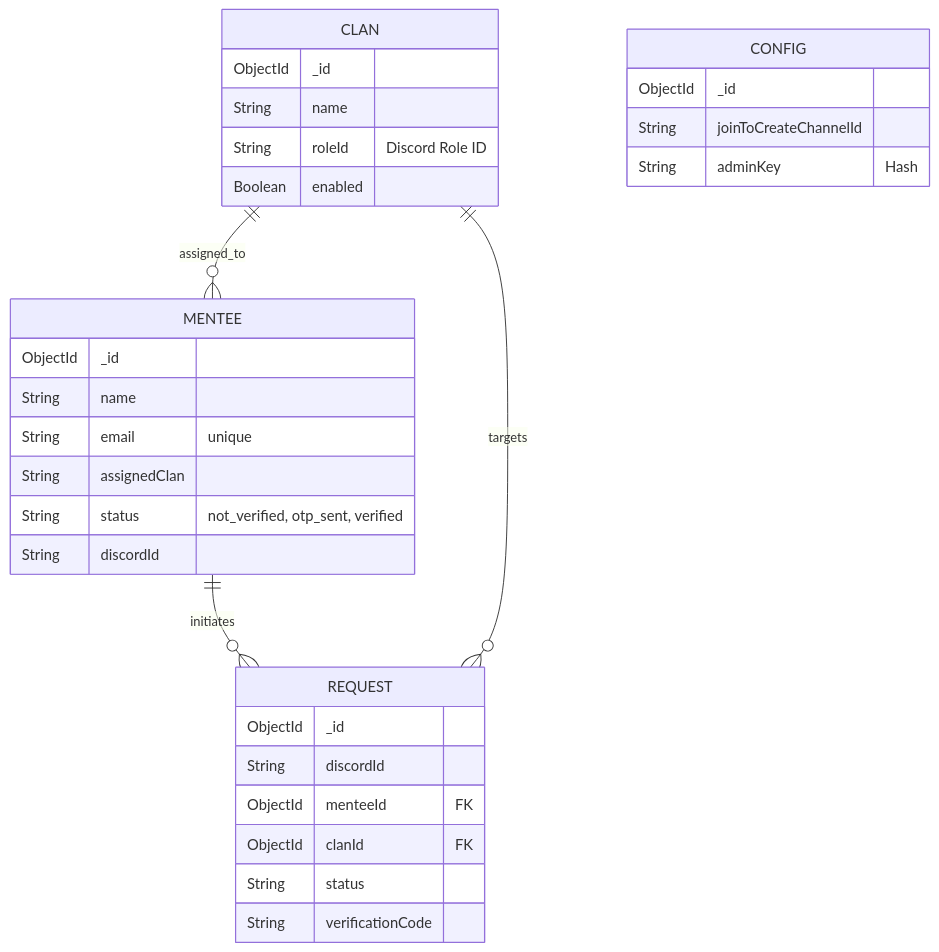
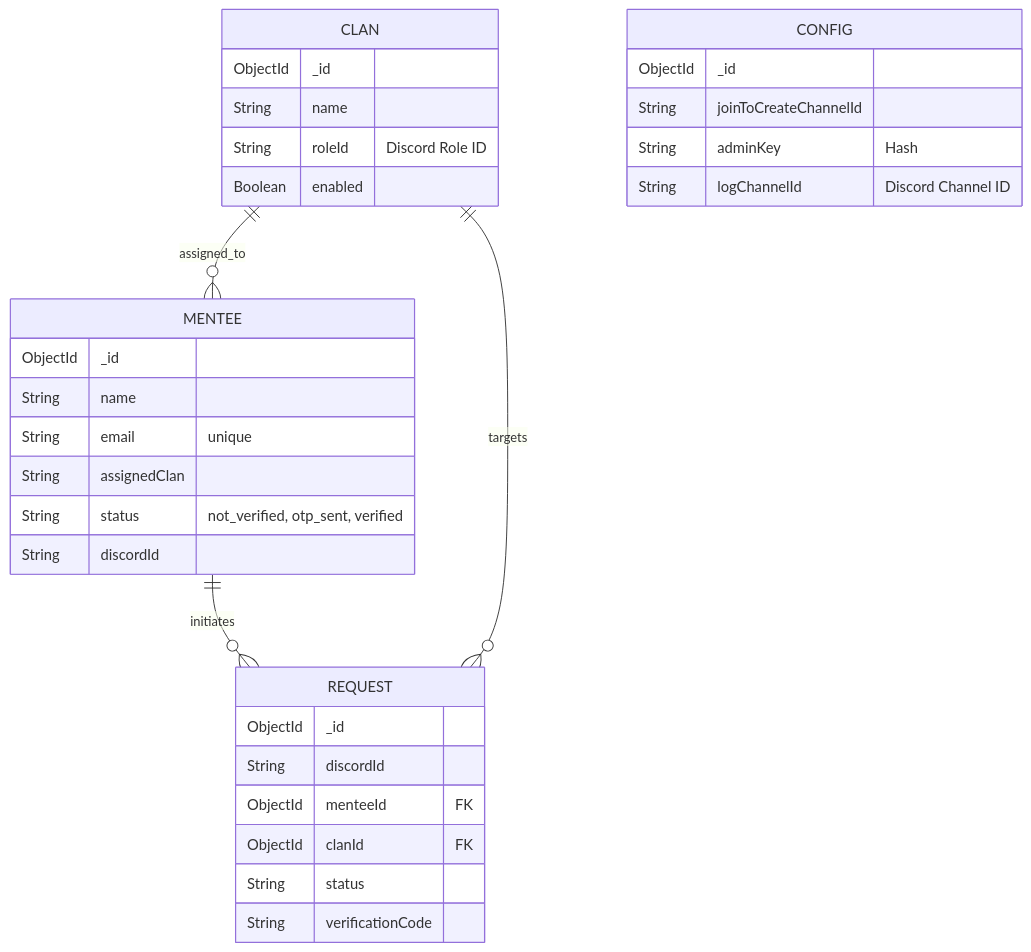
The second of 4 diagrams in docs/technical_architecture.md (CodesBy-Asif/devweekend-discordBot), drawn with Mermaid before and after one commit. The commit also changed other lines of this file and 8 other files, not shown here.

````diff
--- a/docs/technical_architecture.md
+++ b/docs/technical_architecture.md
@@ -50,37 +52,38 @@
 ```mermaid
 erDiagram
     MENTEE ||--o{ REQUEST : initiates
     CLAN ||--o{ REQUEST : targets
     CLAN ||--o{ MENTEE : assigned_to
 
     MENTEE {
         ObjectId _id
         String name
         String email "unique"
         String assignedClan
         String status "not_verified, otp_sent, verified"
         String discordId
     }
 
     CLAN {
         ObjectId _id
         String name
         String roleId "Discord Role ID"
         Boolean enabled
     }
 
     REQUEST {
         ObjectId _id
         String discordId
         ObjectId menteeId "FK"
         ObjectId clanId "FK"
         String status
         String verificationCode
     }
 
     CONFIG {
         ObjectId _id
         String joinToCreateChannelId
         String adminKey "Hash"
+        String logChannelId "Discord Channel ID"
     }
 ```
````
